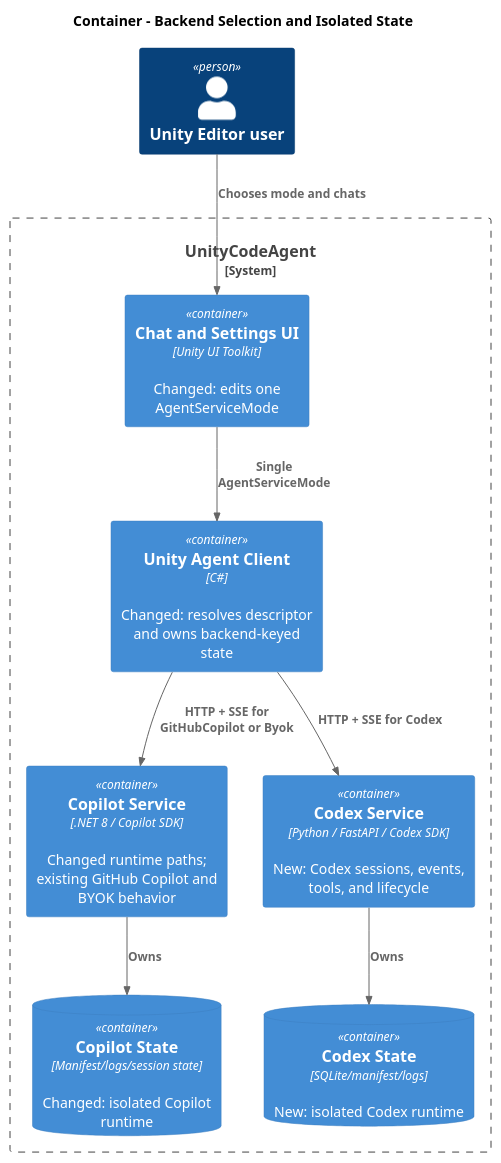
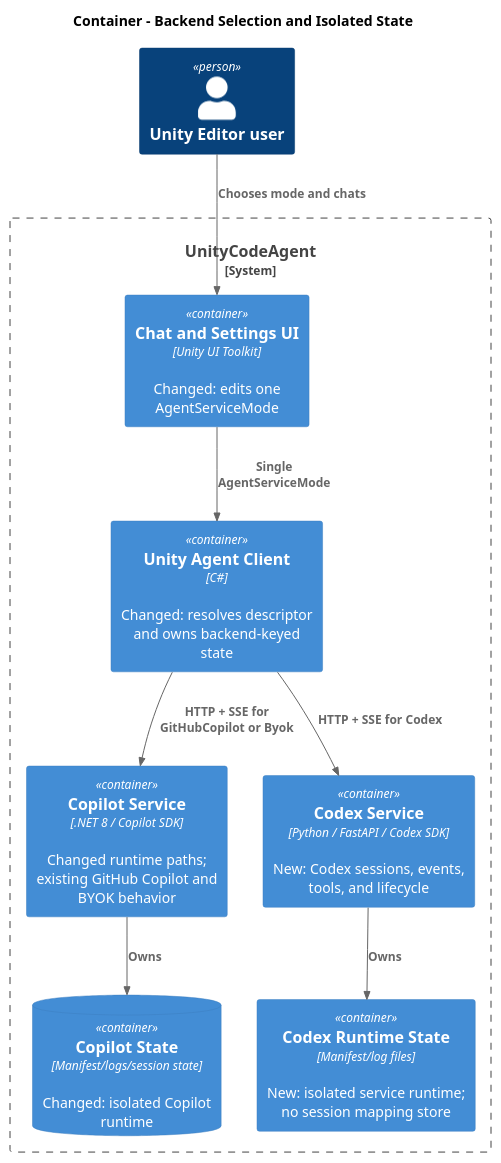
The second of 6 diagrams in docs/kanban/add-codex-agent-service.md (Signal-Loop/UnityCodeAgent), drawn with PlantUML before and after one commit. The commit also changed other lines of this file, not shown here.

Commit message:
feat: Update add-codex-agent-service.md to reflect status change, enhance session identity handling, and improve documentation for Codex service integration

````diff
--- a/docs/kanban/add-codex-agent-service.md
+++ b/docs/kanban/add-codex-agent-service.md
@@ -171,21 +177,21 @@
 ```plantuml
 @startuml
 !include <C4/C4_Container>
 title Container - Backend Selection and Isolated State
 Person(user, "Unity Editor user")
 System_Boundary(uca, "UnityCodeAgent") {
   Container(ui, "Chat and Settings UI", "Unity UI Toolkit", "Changed: edits one AgentServiceMode")
   Container(client, "Unity Agent Client", "C#", "Changed: resolves descriptor and owns backend-keyed state")
   Container(copilotService, "Copilot Service", ".NET 8 / Copilot SDK", "Changed runtime paths; existing GitHub Copilot and BYOK behavior")
   Container(codexService, "Codex Service", "Python / FastAPI / Codex SDK", "New: Codex sessions, events, tools, and lifecycle")
   ContainerDb(copilotState, "Copilot State", "Manifest/logs/session state", "Changed: isolated Copilot runtime")
-  ContainerDb(codexState, "Codex State", "SQLite/manifest/logs", "New: isolated Codex runtime")
+  Container(codexState, "Codex Runtime State", "Manifest/log files", "New: isolated service runtime; no session mapping store")
 }
 Rel(user, ui, "Chooses mode and chats")
 Rel(ui, client, "Single AgentServiceMode")
 Rel(client, copilotService, "HTTP + SSE for GitHubCopilot or Byok")
 Rel(client, codexService, "HTTP + SSE for Codex")
 Rel(copilotService, copilotState, "Owns")
 Rel(codexService, codexState, "Owns")
 @enduml
 ```
````
